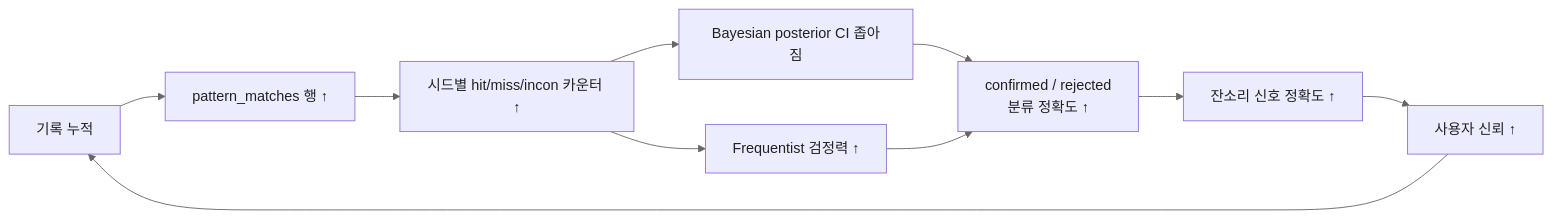
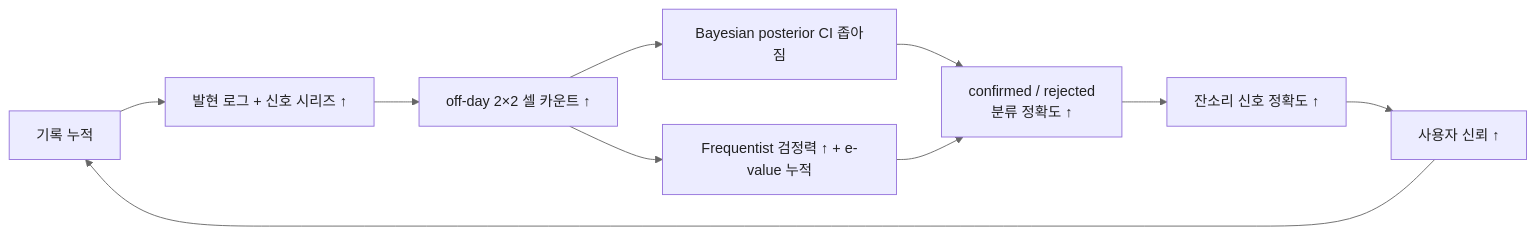
Before and after one commit to hyewon3938/slack-ai-agents: the eighth of 8 diagrams in docs/explainers/insight-v2.md, drawn with Mermaid (neutral theme). The commit also changed other lines of this file, not shown here.

````diff
--- a/docs/explainers/insight-v2.md
+++ b/docs/explainers/insight-v2.md
@@ -482,15 +456,15 @@
 ```mermaid
 flowchart LR
-  A["기록 누적"] --> B["pattern_matches 행 ↑"]
-  B --> C["시드별 hit/miss/incon 카운터 ↑"]
+  A["기록 누적"] --> B["발현 로그 + 신호 시리즈 ↑"]
+  B --> C["off-day 2×2 셀 카운트 ↑"]
   C --> D["Bayesian posterior CI 좁아짐"]
-  C --> E["Frequentist 검정력 ↑"]
+  C --> E["Frequentist 검정력 ↑ + e-value 누적"]
   D --> F["confirmed / rejected<br/>분류 정확도 ↑"]
   E --> F
   F --> G["잔소리 신호 정확도 ↑"]
   G --> H["사용자 신뢰 ↑"]
   H --> A
 
   classDef flowBox fill:#ECECFF,stroke:#9370DB,color:#212121
   class A,B,C,D,E,F,G,H flowBox
 ```
````
